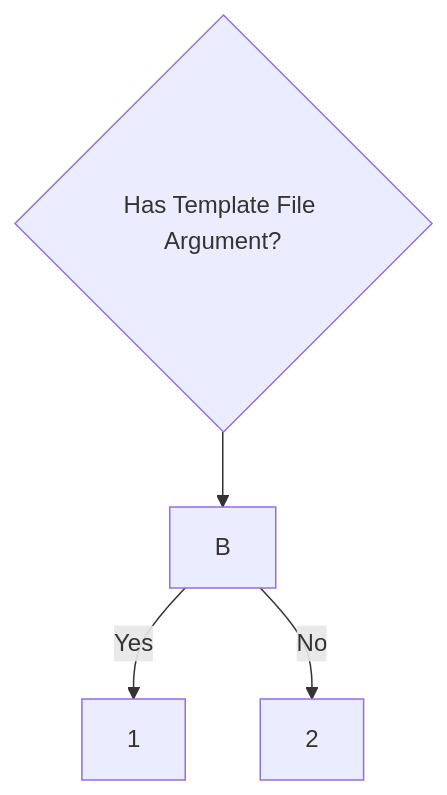
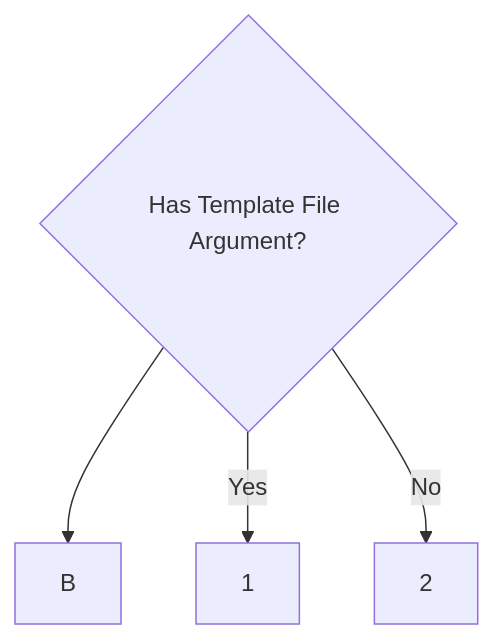
The diagram in rfcs/00-cli.md (DK26/rendit), drawn with Mermaid before and after one commit.

````diff
--- a/rfcs/00-cli.md
+++ b/rfcs/00-cli.md
@@ -8,6 +8,6 @@
 ```mermaid
 graph TD;
     A{Has Template File Argument?}-->B;
-    B--> |Yes| C[1]
-    B--> |No| D[2]
+    A--> |Yes| C[1]
+    A--> |No| D[2]
 ```  
````
